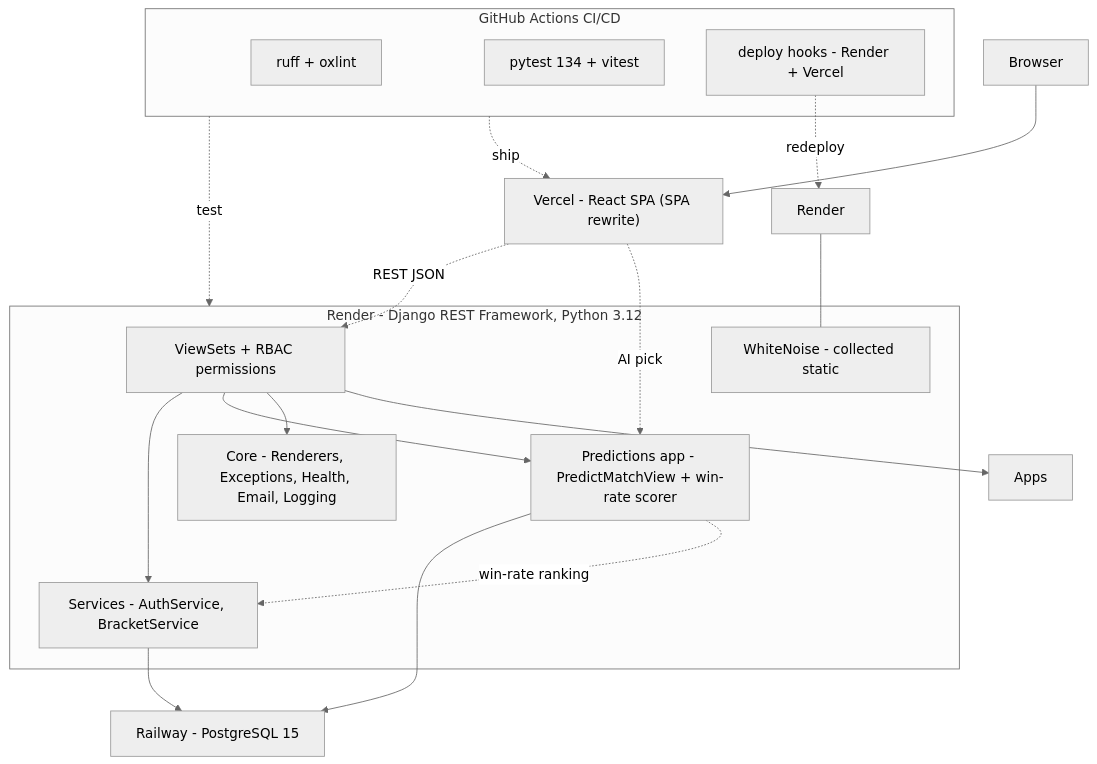
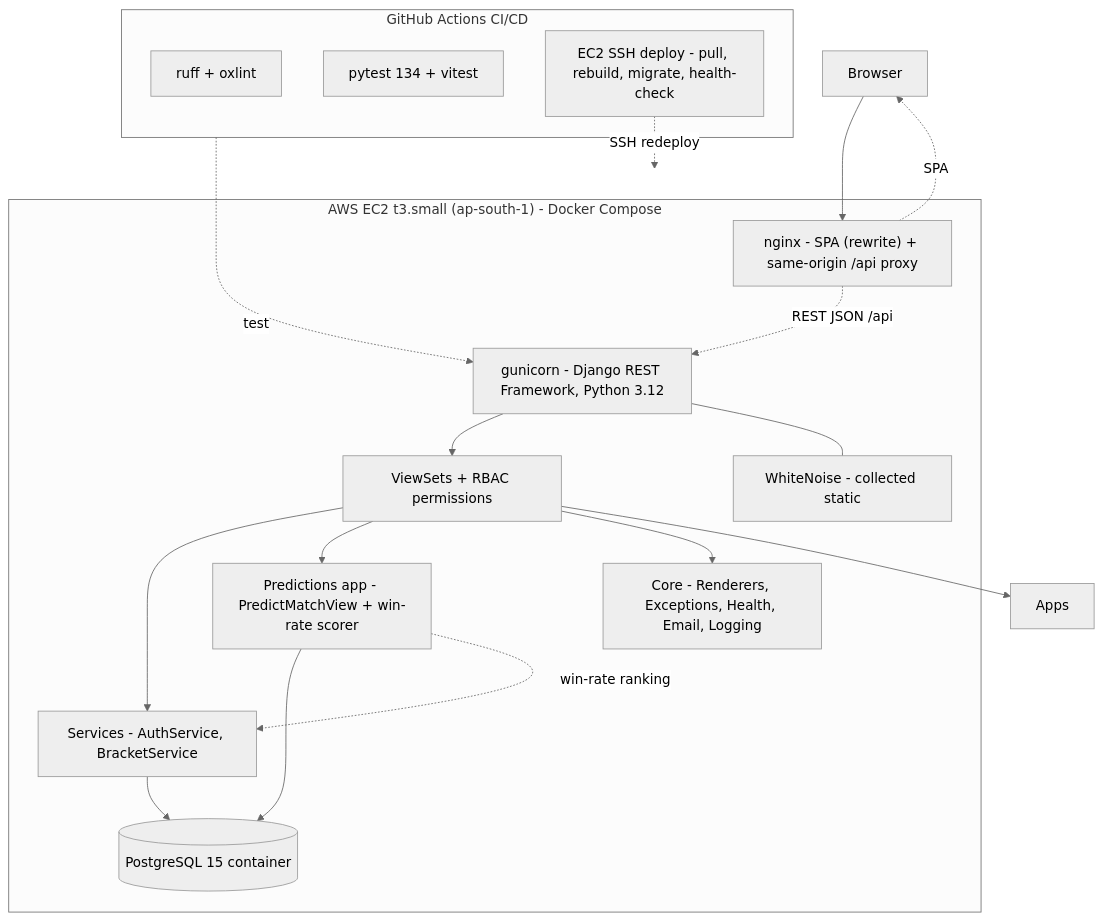
One commit to GOWTHAM-MG-2006/esports-tournament-management-platform changed the diagram in docs/diagrams/architecture.md. Above: the diagram before and after it, drawn with Mermaid (neutral theme). The commit also changed other lines of this file and 9 other files, not shown here.

Commit message:
chore(deploy): AWS-only pipeline — drop Vercel/Render/Railway, EC2 SSH deploy

````diff
--- a/docs/diagrams/architecture.md
+++ b/docs/diagrams/architecture.md
@@ -3,36 +3,36 @@
 ```mermaid
 graph TB
     Client["Browser"]
-    Vercel["Vercel - React SPA (SPA rewrite)"]
 
-    subgraph Backend[Render - Django REST Framework, Python 3.12]
+    subgraph EC2["AWS EC2 t3.small (ap-south-1) - Docker Compose"]
+        Nginx["nginx - SPA (rewrite) + same-origin /api proxy"]
+        API["gunicorn - Django REST Framework, Python 3.12"]
         Views[ViewSets + RBAC permissions]
         Services[Services - AuthService, BracketService]
         Predict[Predictions app - PredictMatchView + win-rate scorer]
         Core[Core - Renderers, Exceptions, Health, Email, Logging]
         Static["WhiteNoise - collected static"]
+        DB[(PostgreSQL 15 container)]
     end
-
-    Railway["Railway - PostgreSQL 15"]
 
     subgraph CI[GitHub Actions CI/CD]
         Lint["ruff + oxlint"]
         Tests["pytest 134 + vitest"]
-        Deploy["deploy hooks - Render + Vercel"]
+        Deploy["EC2 SSH deploy - pull, rebuild, migrate, health-check"]
     end
 
-    Client --> Vercel
-    Vercel -. REST JSON .-> Views
-    Vercel -. AI pick .-> Predict
+    Client --> Nginx
+    Nginx -. SPA .-> Client
+    Nginx -. REST JSON /api .-> API
+    API --> Views
     Views --> Services
     Views --> Predict
     Views --> Core
-    Services --> Railway
-    Predict --> Railway
+    Services --> DB
+    Predict --> DB
     Predict -. win-rate ranking .-> Services
     Views --> Apps
-    Render --- Static
-    CI -. test .-> Backend
-    CI -. ship .-> Vercel
-    Deploy -. redeploy .-> Render
+    API --- Static
+    CI -. test .-> API
+    Deploy -. SSH redeploy .-> EC2
 ```
````
